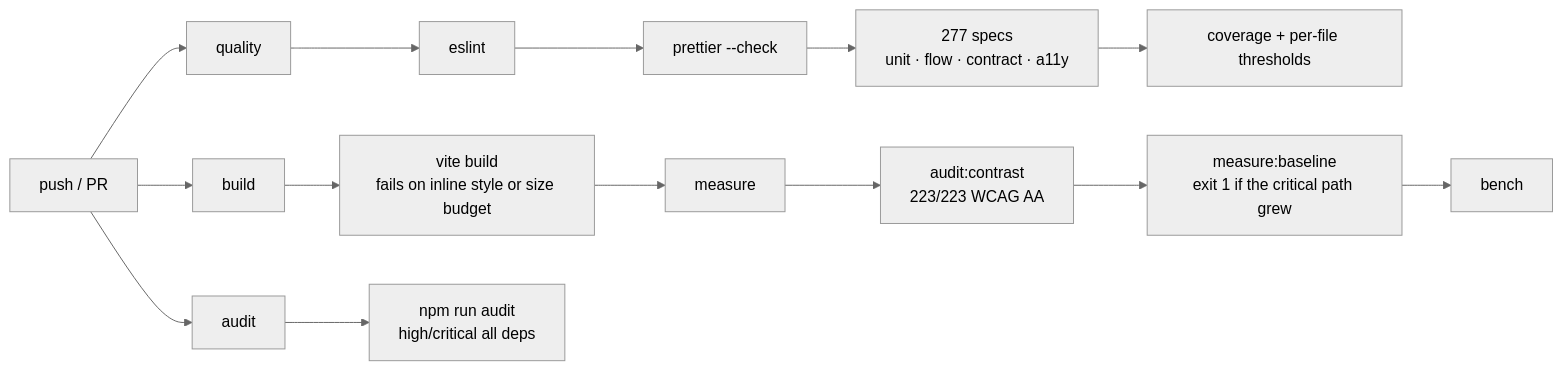
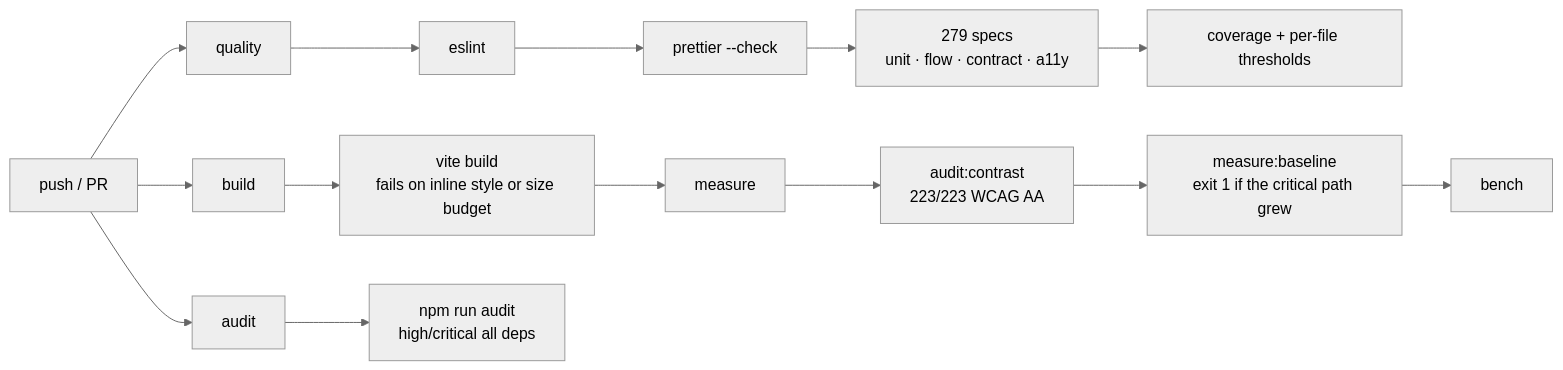
Diagram 11 of 11 in README.md (YASLOGIST/urlf-up), drawn with Mermaid (neutral theme) before and after one commit. The commit also changed other lines of this file and 7 other files, not shown here.

````diff
--- a/README.md
+++ b/README.md
@@ -784,9 +784,9 @@
 ```mermaid
 graph LR
   P["push / PR"] --> Q["quality"]
   P --> B["build"]
   P --> D["audit"]
-  Q --> Q1["eslint"] --> Q2["prettier --check"] --> Q3["277 specs<br/>unit · flow · contract · a11y"] --> Q4["coverage + per-file thresholds"]
+  Q --> Q1["eslint"] --> Q2["prettier --check"] --> Q3["279 specs<br/>unit · flow · contract · a11y"] --> Q4["coverage + per-file thresholds"]
   B --> B1["vite build<br/>fails on inline style or size budget"] --> B2["measure"] --> B3["audit:contrast<br/>223/223 WCAG AA"] --> B4["measure:baseline<br/>exit 1 if the critical path grew"] --> B5["bench"]
   D --> D1["npm run audit<br/>high/critical all deps"]
 ```
````
